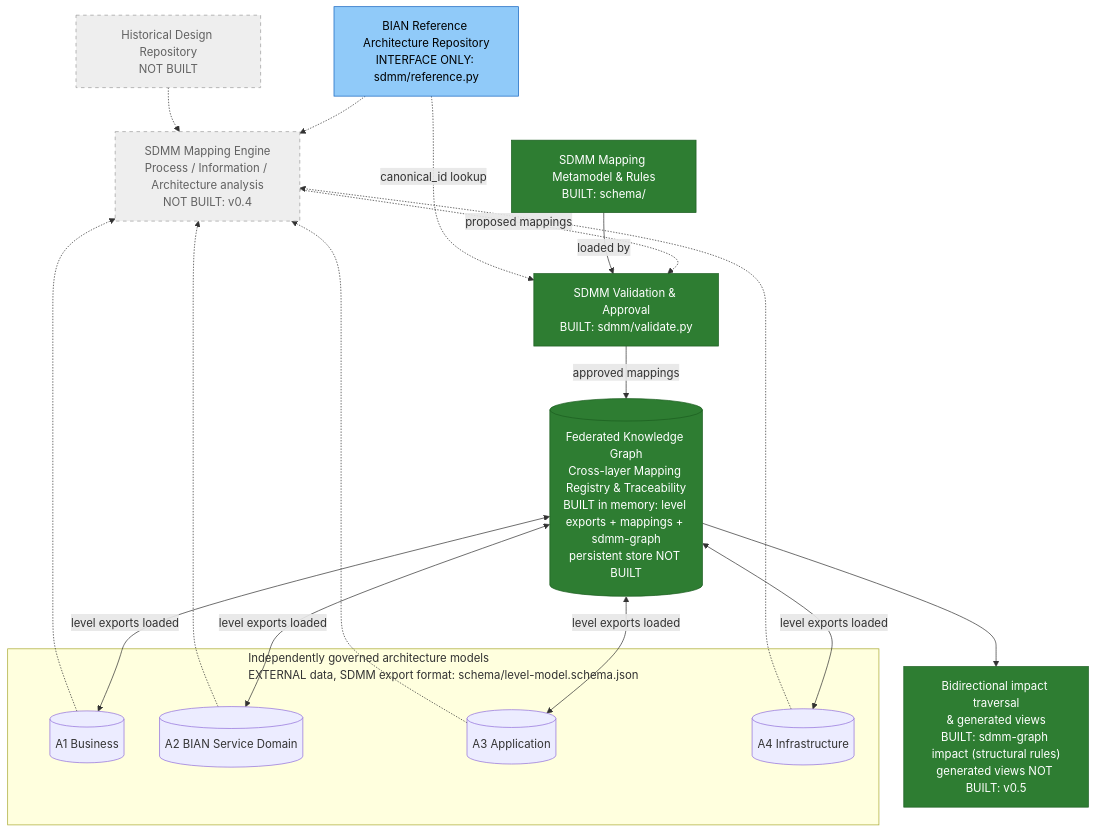
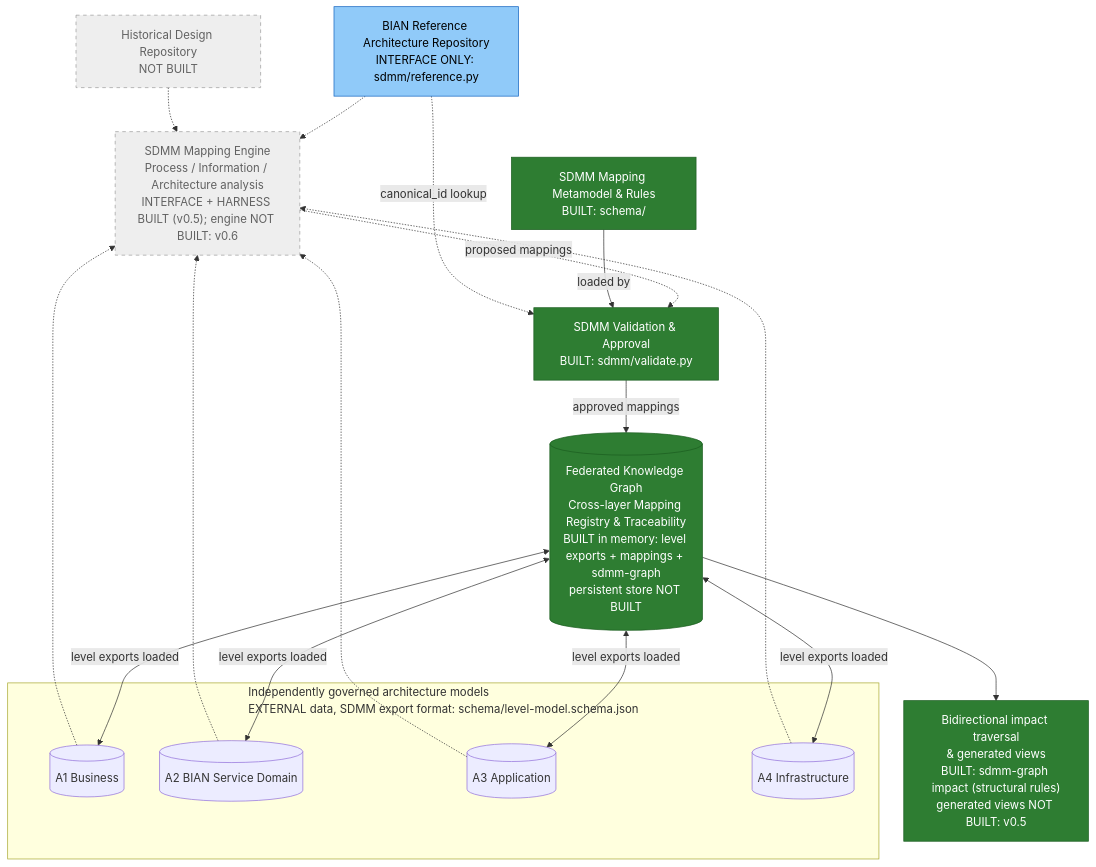
The eighth of 8 diagrams in README.md (taumoeps/bian-sdem-framework), drawn with Mermaid before and after one commit. The commit also changed other lines of this file and 22 other files, not shown here.

First line of the commit message:
v0.5.0: engine readiness — descriptions, reference definitions, MappingEngine protocol, baseline, sdmm-eval, impact rules as data

````diff
--- a/README.md
+++ b/README.md
@@ -498,41 +500,41 @@
 ```mermaid
 flowchart TB
     REF["BIAN Reference Architecture Repository<br/>INTERFACE ONLY: sdmm/reference.py"]
     HIST["Historical Design Repository<br/>NOT BUILT"]
     RULES["SDMM Mapping Metamodel & Rules<br/>BUILT: schema/"]
-    ENGINE["SDMM Mapping Engine<br/>Process / Information / Architecture analysis<br/>NOT BUILT: v0.4"]
+    ENGINE["SDMM Mapping Engine<br/>Process / Information / Architecture analysis<br/>INTERFACE + HARNESS BUILT (v0.5); engine NOT BUILT: v0.6"]
     VALID["SDMM Validation & Approval<br/>BUILT: sdmm/validate.py"]
     FED[("Federated Knowledge Graph<br/>Cross-layer Mapping Registry & Traceability<br/>BUILT in memory: level exports + mappings + sdmm-graph<br/>persistent store NOT BUILT")]
     IMPACT["Bidirectional impact traversal<br/>& generated views<br/>BUILT: sdmm-graph impact (structural rules)<br/>generated views NOT BUILT: v0.5"]
 
     subgraph LEVELS["Independently governed architecture models<br/>EXTERNAL data, SDMM export format: schema/level-model.schema.json"]
       A1[(A1 Business)]
       A2[(A2 BIAN Service Domain)]
       A3[(A3 Application)]
       A4[(A4 Infrastructure)]
     end
 
     A1 -.-> ENGINE
     A2 -.-> ENGINE
     A3 -.-> ENGINE
     A4 -.-> ENGINE
     REF -.-> ENGINE
     HIST -.-> ENGINE
     ENGINE -.->|proposed mappings| VALID
     RULES -->|loaded by| VALID
     REF -.->|canonical_id lookup| VALID
     VALID -->|approved mappings| FED
     FED <-->|level exports loaded| A1
     FED <-->|level exports loaded| A2
     FED <-->|level exports loaded| A3
     FED <-->|level exports loaded| A4
     FED --> IMPACT
 
     style RULES fill:#2e7d32,color:#fff,stroke:#1b5e20
     style VALID fill:#2e7d32,color:#fff,stroke:#1b5e20
     style FED fill:#2e7d32,color:#fff,stroke:#1b5e20
     style IMPACT fill:#2e7d32,color:#fff,stroke:#1b5e20
     style REF fill:#90caf9,color:#000,stroke:#1565c0
     style ENGINE fill:#eeeeee,color:#616161,stroke:#9e9e9e,stroke-dasharray: 5 5
     style HIST fill:#eeeeee,color:#616161,stroke:#9e9e9e,stroke-dasharray: 5 5
 ```
````
